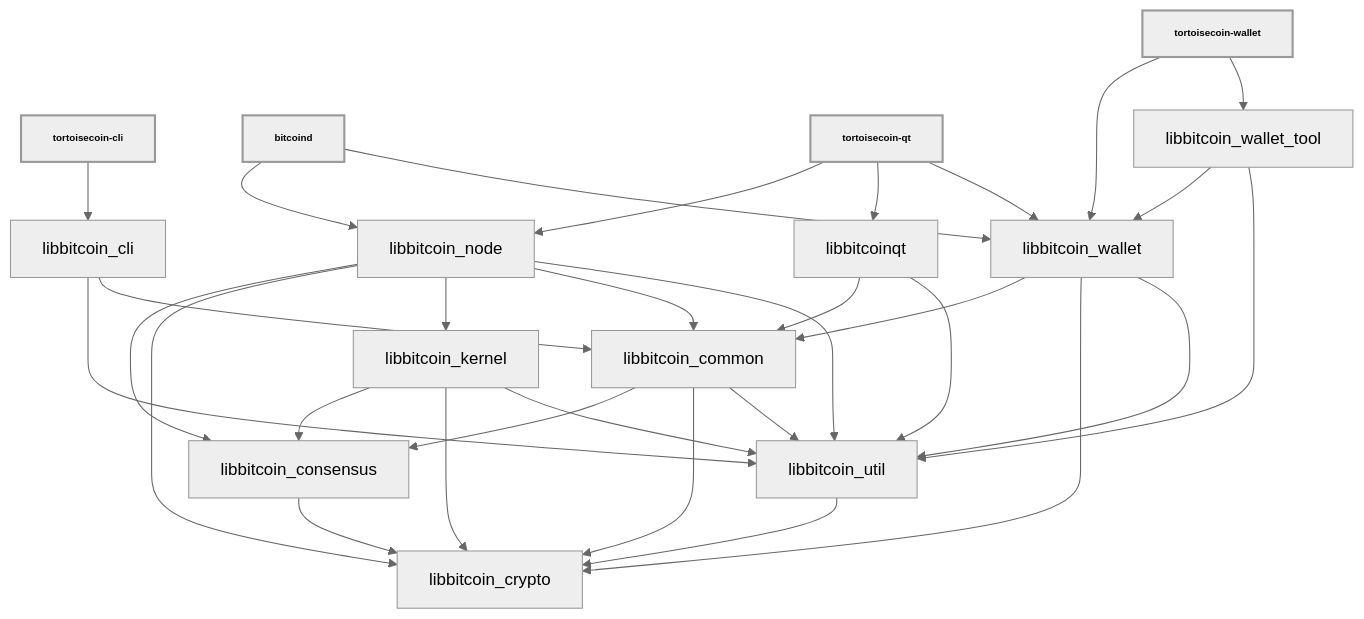
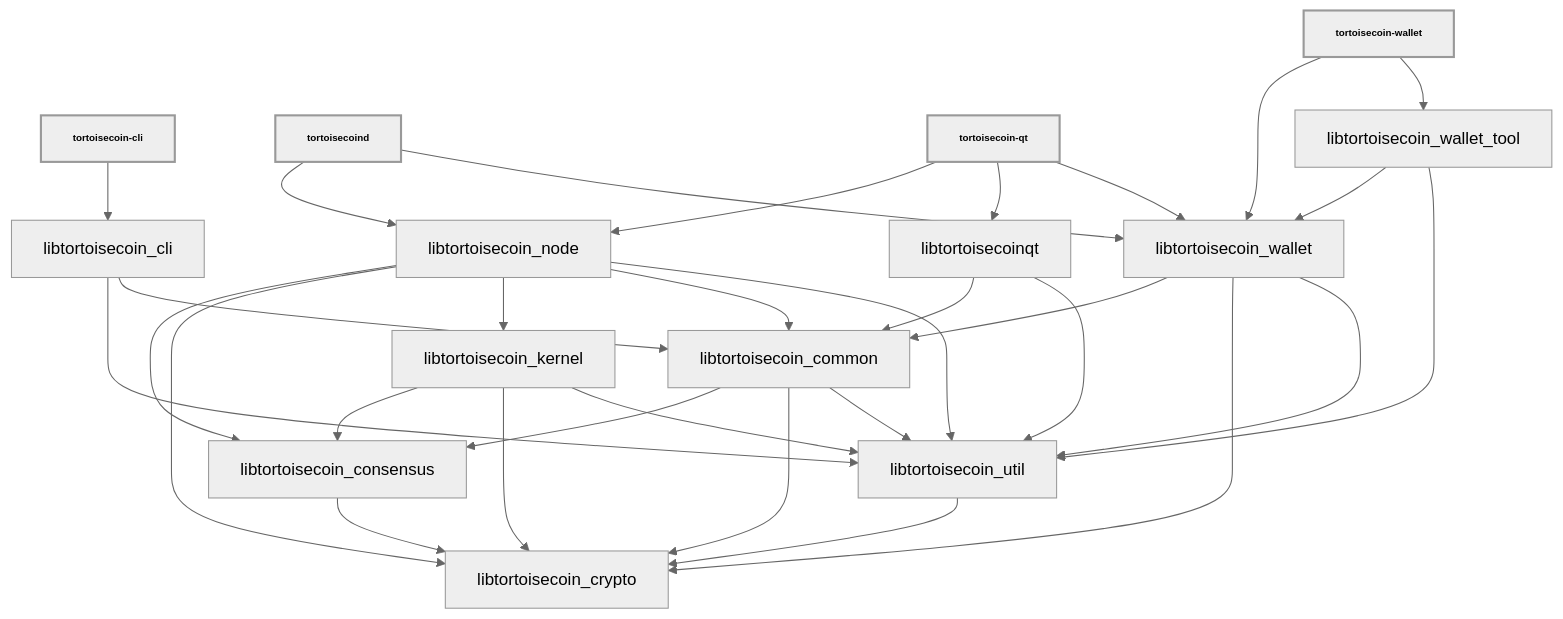
One commit to ant12334/Tortoisecoin changed the diagram in doc/design/libraries.md. Above: the diagram before and after it, drawn with Mermaid (neutral theme). The commit also changed other lines of this file and 476 other files, not shown here.

````diff
--- a/doc/design/libraries.md
+++ b/doc/design/libraries.md
@@ -36,52 +36,52 @@
 ```mermaid
 
 %%{ init : { "flowchart" : { "curve" : "basis" }}}%%
 
 graph TD;
 
-tortoisecoin-cli[tortoisecoin-cli]-->libbitcoin_cli;
+tortoisecoin-cli[tortoisecoin-cli]-->libtortoisecoin_cli;
 
-bitcoind[bitcoind]-->libbitcoin_node;
-bitcoind[bitcoind]-->libbitcoin_wallet;
+tortoisecoind[tortoisecoind]-->libtortoisecoin_node;
+tortoisecoind[tortoisecoind]-->libtortoisecoin_wallet;
 
-tortoisecoin-qt[tortoisecoin-qt]-->libbitcoin_node;
-tortoisecoin-qt[tortoisecoin-qt]-->libbitcoinqt;
-tortoisecoin-qt[tortoisecoin-qt]-->libbitcoin_wallet;
+tortoisecoin-qt[tortoisecoin-qt]-->libtortoisecoin_node;
+tortoisecoin-qt[tortoisecoin-qt]-->libtortoisecoinqt;
+tortoisecoin-qt[tortoisecoin-qt]-->libtortoisecoin_wallet;
 
-tortoisecoin-wallet[tortoisecoin-wallet]-->libbitcoin_wallet;
-tortoisecoin-wallet[tortoisecoin-wallet]-->libbitcoin_wallet_tool;
+tortoisecoin-wallet[tortoisecoin-wallet]-->libtortoisecoin_wallet;
+tortoisecoin-wallet[tortoisecoin-wallet]-->libtortoisecoin_wallet_tool;
 
-libbitcoin_cli-->libbitcoin_util;
-libbitcoin_cli-->libbitcoin_common;
+libtortoisecoin_cli-->libtortoisecoin_util;
+libtortoisecoin_cli-->libtortoisecoin_common;
 
-libbitcoin_consensus-->libbitcoin_crypto;
+libtortoisecoin_consensus-->libtortoisecoin_crypto;
 
-libbitcoin_common-->libbitcoin_consensus;
-libbitcoin_common-->libbitcoin_crypto;
-libbitcoin_common-->libbitcoin_util;
+libtortoisecoin_common-->libtortoisecoin_consensus;
+libtortoisecoin_common-->libtortoisecoin_crypto;
+libtortoisecoin_common-->libtortoisecoin_util;
 
-libbitcoin_kernel-->libbitcoin_consensus;
-libbitcoin_kernel-->libbitcoin_crypto;
-libbitcoin_kernel-->libbitcoin_util;
+libtortoisecoin_kernel-->libtortoisecoin_consensus;
+libtortoisecoin_kernel-->libtortoisecoin_crypto;
+libtortoisecoin_kernel-->libtortoisecoin_util;
 
-libbitcoin_node-->libbitcoin_consensus;
-libbitcoin_node-->libbitcoin_crypto;
-libbitcoin_node-->libbitcoin_kernel;
-libbitcoin_node-->libbitcoin_common;
-libbitcoin_node-->libbitcoin_util;
+libtortoisecoin_node-->libtortoisecoin_consensus;
+libtortoisecoin_node-->libtortoisecoin_crypto;
+libtortoisecoin_node-->libtortoisecoin_kernel;
+libtortoisecoin_node-->libtortoisecoin_common;
+libtortoisecoin_node-->libtortoisecoin_util;
 
-libbitcoinqt-->libbitcoin_common;
-libbitcoinqt-->libbitcoin_util;
+libtortoisecoinqt-->libtortoisecoin_common;
+libtortoisecoinqt-->libtortoisecoin_util;
 
-libbitcoin_util-->libbitcoin_crypto;
+libtortoisecoin_util-->libtortoisecoin_crypto;
 
-libbitcoin_wallet-->libbitcoin_common;
-libbitcoin_wallet-->libbitcoin_crypto;
-libbitcoin_wallet-->libbitcoin_util;
+libtortoisecoin_wallet-->libtortoisecoin_common;
+libtortoisecoin_wallet-->libtortoisecoin_crypto;
+libtortoisecoin_wallet-->libtortoisecoin_util;
 
-libbitcoin_wallet_tool-->libbitcoin_wallet;
-libbitcoin_wallet_tool-->libbitcoin_util;
+libtortoisecoin_wallet_tool-->libtortoisecoin_wallet;
+libtortoisecoin_wallet_tool-->libtortoisecoin_util;
 
 classDef bold stroke-width:2px, font-weight:bold, font-size: smaller;
-class tortoisecoin-qt,bitcoind,tortoisecoin-cli,tortoisecoin-wallet bold
+class tortoisecoin-qt,tortoisecoind,tortoisecoin-cli,tortoisecoin-wallet bold
 ```
````
